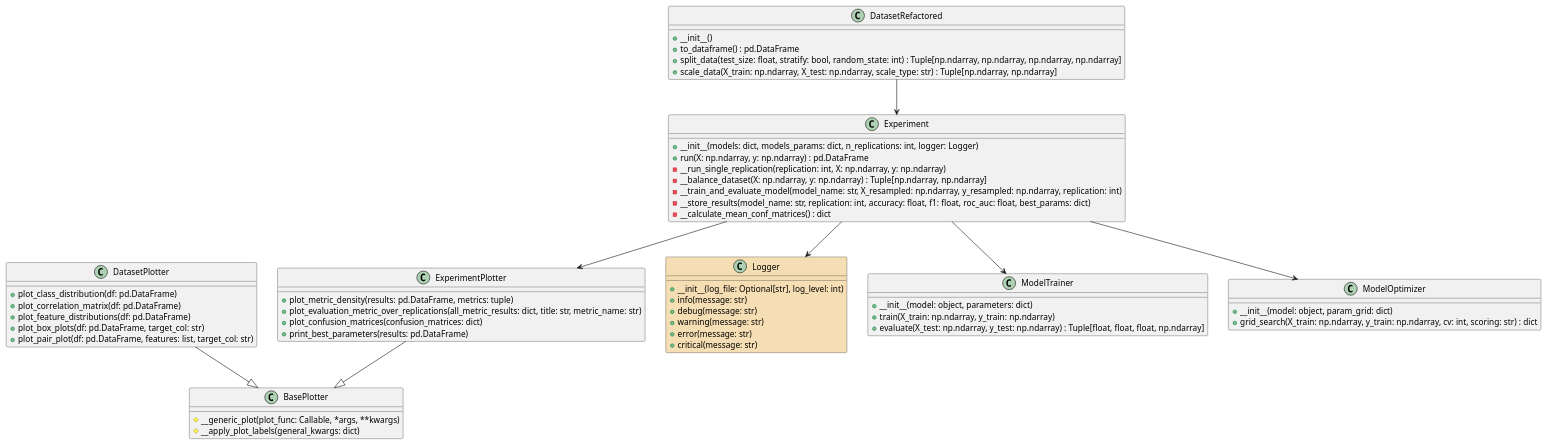
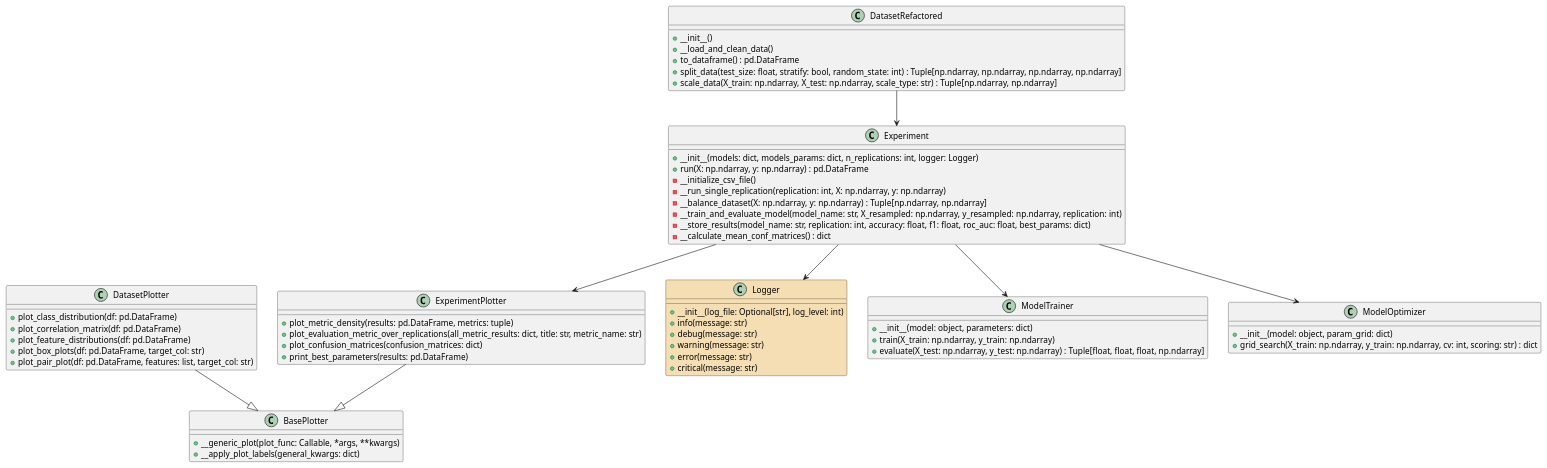
The first of 2 diagrams in cv6/CV6_2_App_prehlad.md (tomaschs/SSBU_25), drawn with PlantUML before and after one commit. The commit also changed other lines of this file and 4 other files, not shown here.

````diff
--- a/cv6/CV6_2_App_prehlad.md
+++ b/cv6/CV6_2_App_prehlad.md
@@ -47,68 +45,70 @@
 ```plantuml
 @startuml
 class BasePlotter {
-    #__generic_plot(plot_func: Callable, *args, **kwargs)
-    #__apply_plot_labels(general_kwargs: dict)
+    +__generic_plot(plot_func: Callable, *args, **kwargs)
+    +__apply_plot_labels(general_kwargs: dict)
 }
 
 class DatasetPlotter {
     +plot_class_distribution(df: pd.DataFrame)
     +plot_correlation_matrix(df: pd.DataFrame)
     +plot_feature_distributions(df: pd.DataFrame)
     +plot_box_plots(df: pd.DataFrame, target_col: str)
     +plot_pair_plot(df: pd.DataFrame, features: list, target_col: str)
 }
 
 class ExperimentPlotter {
     +plot_metric_density(results: pd.DataFrame, metrics: tuple)
     +plot_evaluation_metric_over_replications(all_metric_results: dict, title: str, metric_name: str)
     +plot_confusion_matrices(confusion_matrices: dict)
     +print_best_parameters(results: pd.DataFrame)
 }
 
 class Logger #wheat {
     +__init__(log_file: Optional[str], log_level: int)
     +info(message: str)
     +debug(message: str)
     +warning(message: str)
     +error(message: str)
     +critical(message: str)
 }
 
 class DatasetRefactored {
     +__init__()
+    +__load_and_clean_data()
     +to_dataframe() : pd.DataFrame
     +split_data(test_size: float, stratify: bool, random_state: int) : Tuple[np.ndarray, np.ndarray, np.ndarray, np.ndarray]
     +scale_data(X_train: np.ndarray, X_test: np.ndarray, scale_type: str) : Tuple[np.ndarray, np.ndarray]
 }
 
 class ModelTrainer {
     +__init__(model: object, parameters: dict)
     +train(X_train: np.ndarray, y_train: np.ndarray)
     +evaluate(X_test: np.ndarray, y_test: np.ndarray) : Tuple[float, float, float, np.ndarray]
 }
 
 class ModelOptimizer {
     +__init__(model: object, param_grid: dict)
     +grid_search(X_train: np.ndarray, y_train: np.ndarray, cv: int, scoring: str) : dict
 }
 
 class Experiment {
     +__init__(models: dict, models_params: dict, n_replications: int, logger: Logger)
     +run(X: np.ndarray, y: np.ndarray) : pd.DataFrame
+    -__initialize_csv_file()
     -__run_single_replication(replication: int, X: np.ndarray, y: np.ndarray)
     -__balance_dataset(X: np.ndarray, y: np.ndarray) : Tuple[np.ndarray, np.ndarray]
     -__train_and_evaluate_model(model_name: str, X_resampled: np.ndarray, y_resampled: np.ndarray, replication: int)
     -__store_results(model_name: str, replication: int, accuracy: float, f1: float, roc_auc: float, best_params: dict)
     -__calculate_mean_conf_matrices() : dict
 }
 
 DatasetRefactored --> Experiment
 Experiment --> ModelTrainer
 Experiment --> ModelOptimizer
 Experiment --> ExperimentPlotter
 Experiment --> Logger
 ExperimentPlotter --|> BasePlotter
 DatasetPlotter --|> BasePlotter
 @enduml
 ```
````
